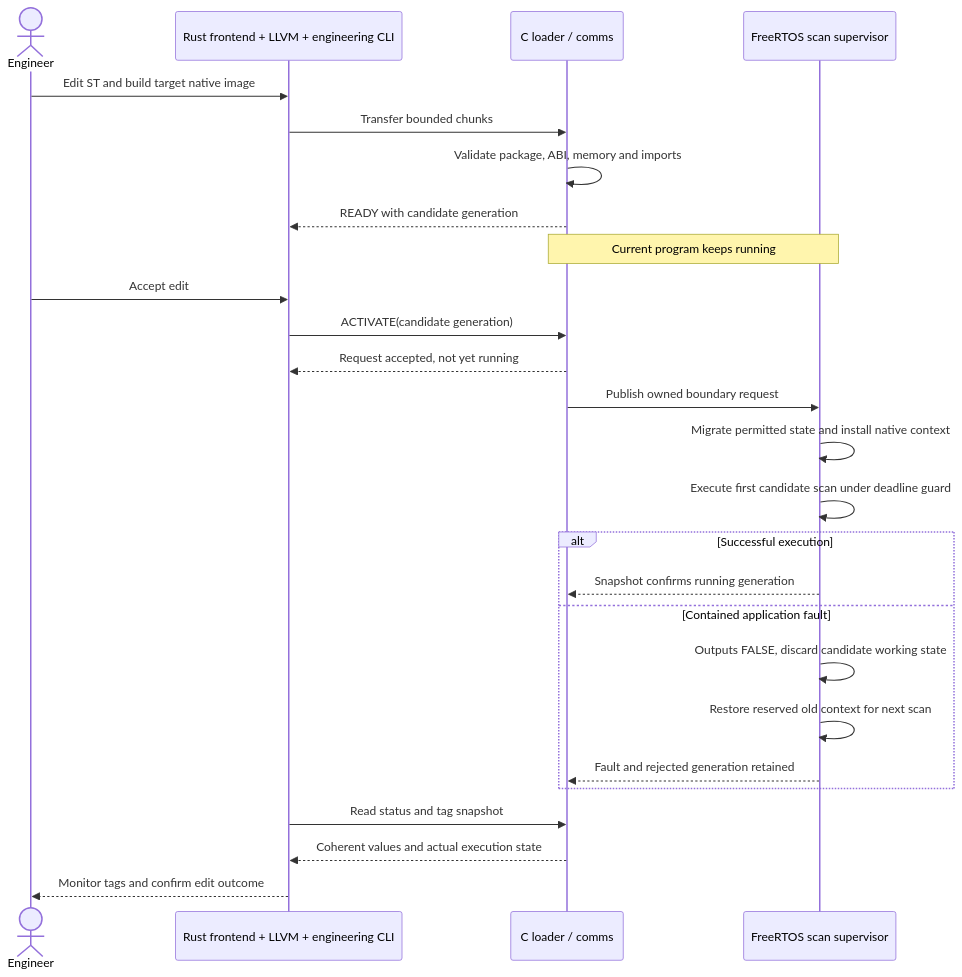
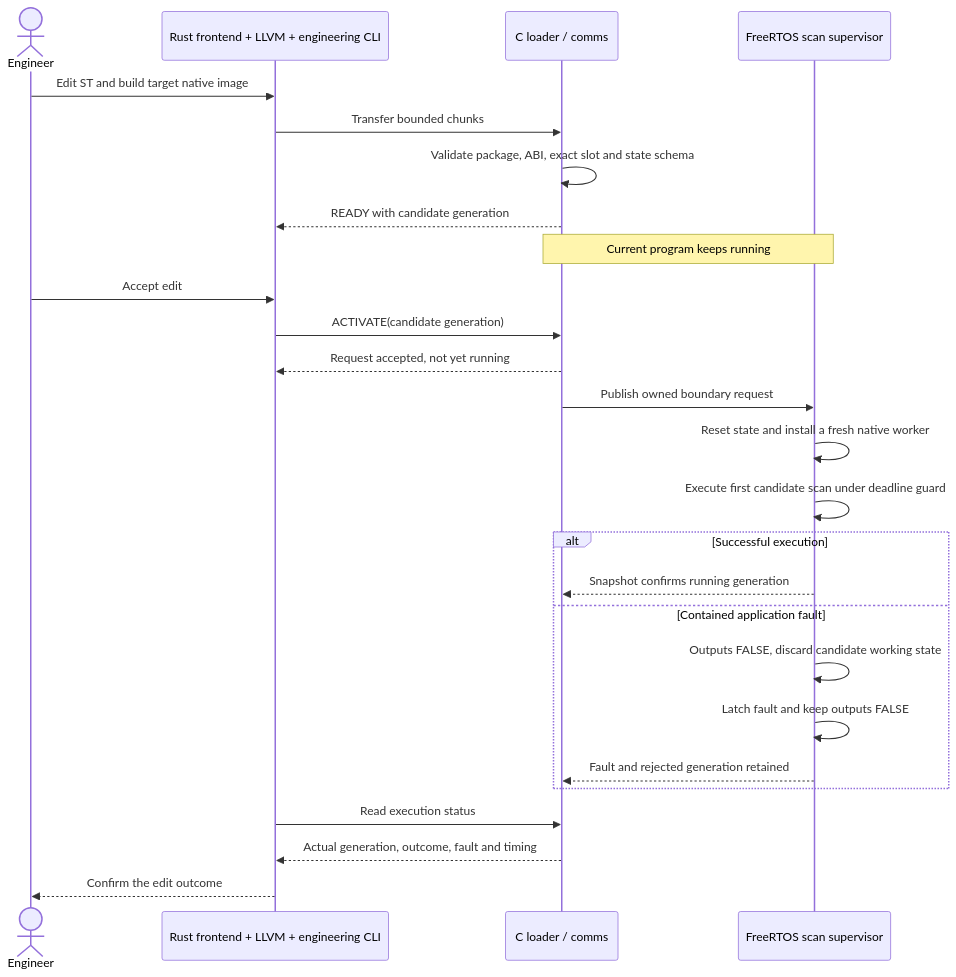
Before and after one commit to sergiogallegos/tinyplc: the third of 3 diagrams in README.md, drawn with Mermaid. The commit also changed other lines of this file and 89 other files, not shown here.

````diff
--- a/README.md
+++ b/README.md
@@ -129,28 +146,28 @@
 ```mermaid
 sequenceDiagram
   actor User as Engineer
   participant PC as Rust frontend + LLVM + engineering CLI
   participant Loader as C loader / comms
   participant Scan as FreeRTOS scan supervisor
   User->>PC: Edit ST and build target native image
   PC->>Loader: Transfer bounded chunks
-  Loader->>Loader: Validate package, ABI, memory and imports
+  Loader->>Loader: Validate package, ABI, exact slot and state schema
   Loader-->>PC: READY with candidate generation
   Note over Loader,Scan: Current program keeps running
   User->>PC: Accept edit
   PC->>Loader: ACTIVATE(candidate generation)
   Loader-->>PC: Request accepted, not yet running
   Loader->>Scan: Publish owned boundary request
-  Scan->>Scan: Migrate permitted state and install native context
+  Scan->>Scan: Reset state and install a fresh native worker
   Scan->>Scan: Execute first candidate scan under deadline guard
   alt Successful execution
     Scan-->>Loader: Snapshot confirms running generation
   else Contained application fault
     Scan->>Scan: Outputs FALSE, discard candidate working state
-    Scan->>Scan: Restore reserved old context for next scan
+    Scan->>Scan: Latch fault and keep outputs FALSE
     Scan-->>Loader: Fault and rejected generation retained
   end
-  PC->>Loader: Read status and tag snapshot
-  Loader-->>PC: Coherent values and actual execution state
-  PC-->>User: Monitor tags and confirm edit outcome
+  PC->>Loader: Read execution status
+  Loader-->>PC: Actual generation, outcome, fault and timing
+  PC-->>User: Confirm the edit outcome
 ```
````
